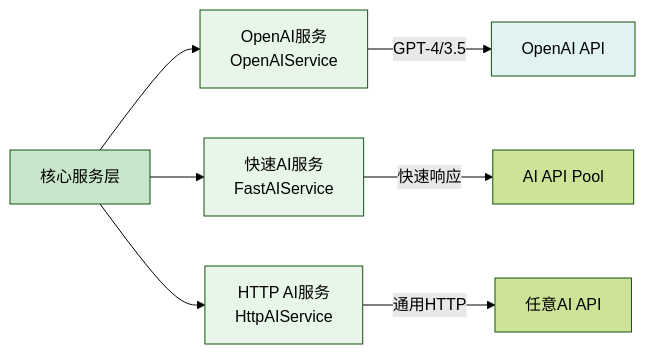
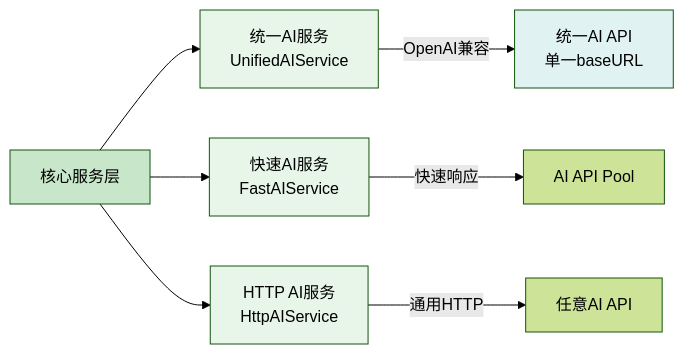
The fourth of 14 diagrams in docs/架构图/04-AI服务架构.md (alin776/ai_writer), drawn with Mermaid (forest theme) before and after one commit. The commit also changed other lines of this file and 7 other files, not shown here.

````diff
--- a/docs/架构图/04-AI服务架构.md
+++ b/docs/架构图/04-AI服务架构.md
@@ -105,16 +105,16 @@
 ```mermaid
 graph LR
-    A[核心服务层] --> B[OpenAI服务<br/>OpenAIService]
+    A[核心服务层] --> B[统一AI服务<br/>UnifiedAIService]
     A --> C[快速AI服务<br/>FastAIService]
     A --> D[HTTP AI服务<br/>HttpAIService]
 
-    B -->|GPT-4/3.5| E[OpenAI API]
+    B -->|OpenAI兼容| E[统一AI API<br/>单一baseURL]
     C -->|快速响应| F[AI API Pool]
     D -->|通用HTTP| G[任意AI API]
 
     style A fill:#c8e6c9
     style B fill:#e8f5e9
     style C fill:#e8f5e9
     style D fill:#e8f5e9
     style E fill:#e0f2f1
 ```
````
